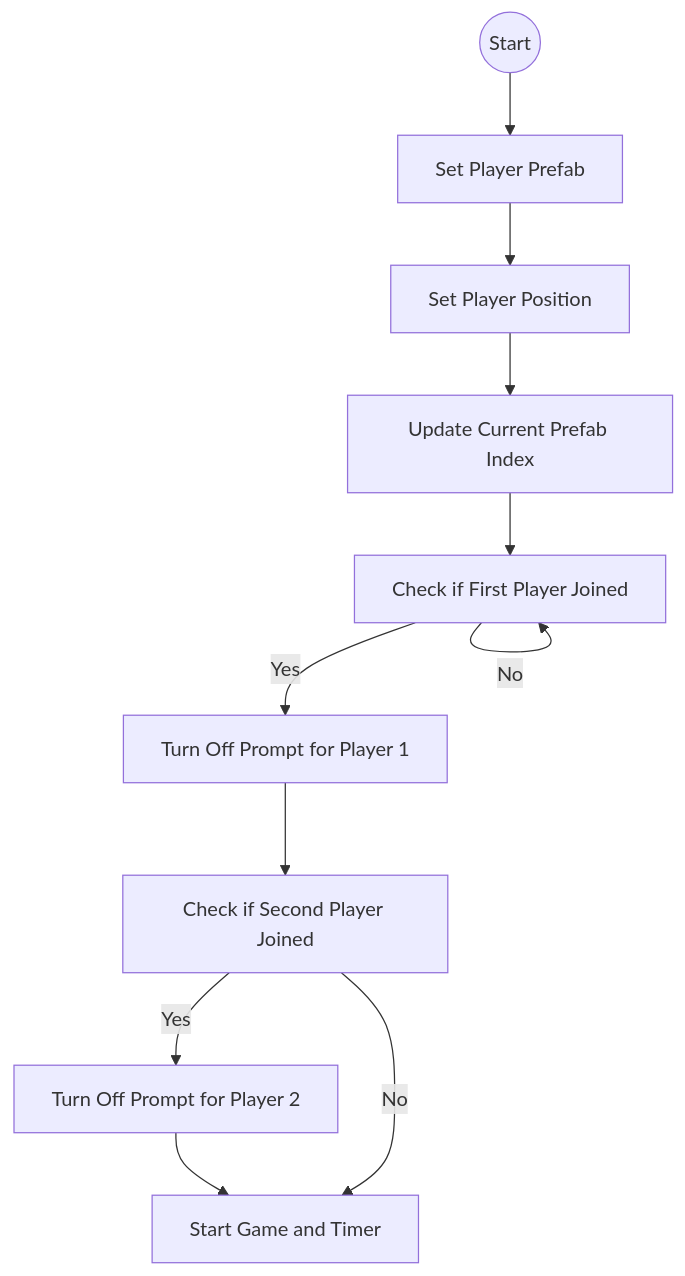
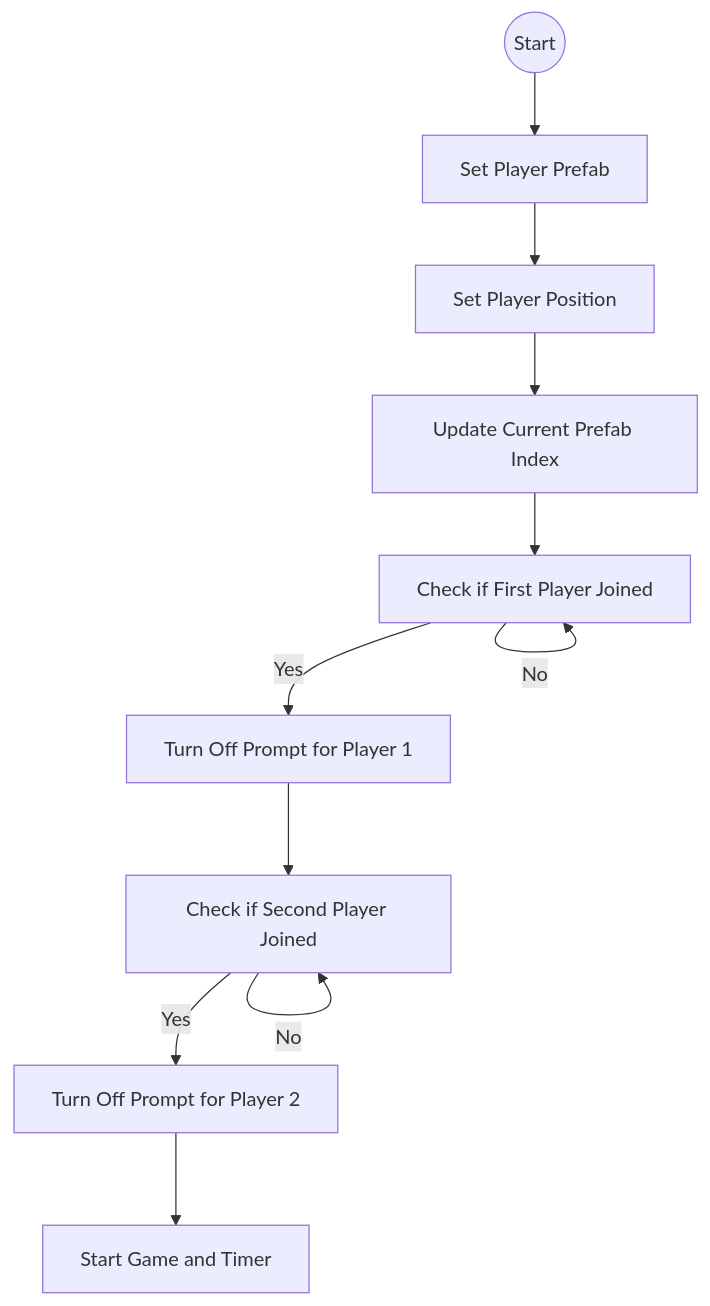
The diagram in README.md (PAP0/Linx-Game), drawn with Mermaid before and after one commit.

```diff
--- a/README.md
+++ b/README.md
@@ -42,23 +42,23 @@
 ~~~mermaid
 flowchart TD;
     A((Start))
     B[Set Player Prefab]
     C[Set Player Position]
     D[Update Current Prefab Index]
     E[Check if First Player Joined]
     F[Turn Off Prompt for Player 1]
     G[Check if Second Player Joined]
     H[Turn Off Prompt for Player 2]
     I[Start Game and Timer]
     
     A --> B
     B --> C
     C --> D
     D --> E
     E -- Yes --> F
     F --> G
     G -- Yes --> H
     H --> I
-    G -- No --> I
+    G -- No --> G
     E -- No --> E
 ~~~
```
